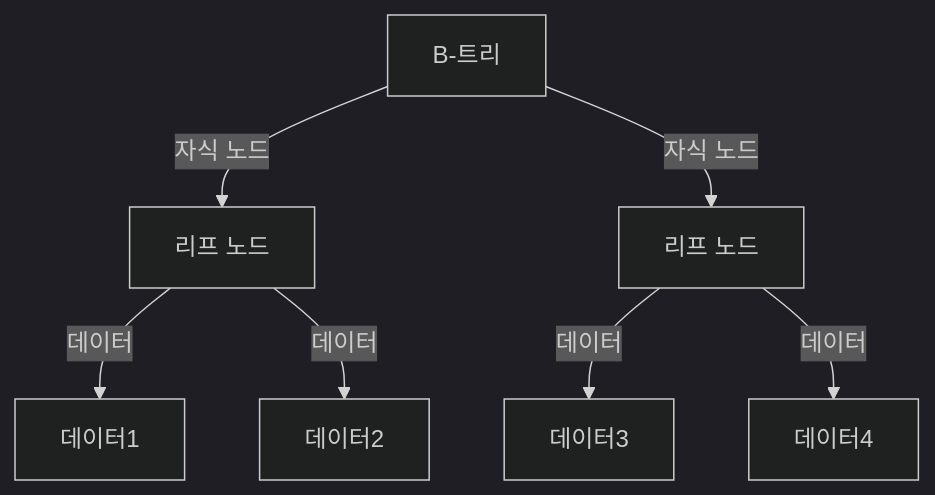
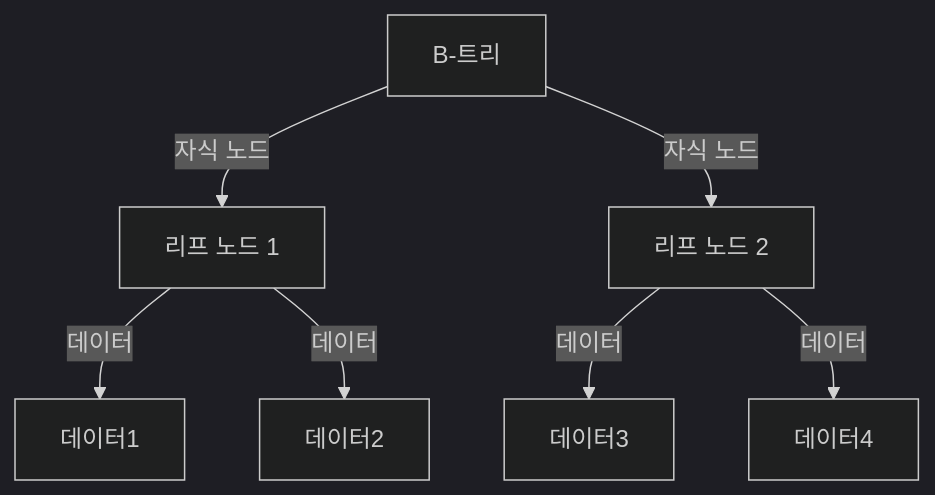
The third of 10 diagrams in content/post/2024/2024-08-28-sql-index/index.md (42jerrykim/42jerrykim.github.io), drawn with Mermaid (dark theme) before and after one commit. The commit also changed other lines of this file and 239 other files, not shown here.

````diff
--- a/content/post/2024/2024-08-28-sql-index/index.md
+++ b/content/post/2024/2024-08-28-sql-index/index.md
@@ -288,9 +208,16 @@
 ```mermaid
-graph TD;
-    A[B-트리] -->|자식 노드| B[리프 노드]
-    A -->|자식 노드| C[리프 노드]
-    B -->|데이터| D[데이터1]
-    B -->|데이터| E[데이터2]
-    C -->|데이터| F[데이터3]
-    C -->|데이터| G[데이터4]
+graph TD
+    btree["B-트리"]
+    leaf1["리프 노드 1"]
+    leaf2["리프 노드 2"]
+    data1["데이터1"]
+    data2["데이터2"]
+    data3["데이터3"]
+    data4["데이터4"]
+    btree -->|"자식 노드"| leaf1
+    btree -->|"자식 노드"| leaf2
+    leaf1 -->|"데이터"| data1
+    leaf1 -->|"데이터"| data2
+    leaf2 -->|"데이터"| data3
+    leaf2 -->|"데이터"| data4
 ```
````
